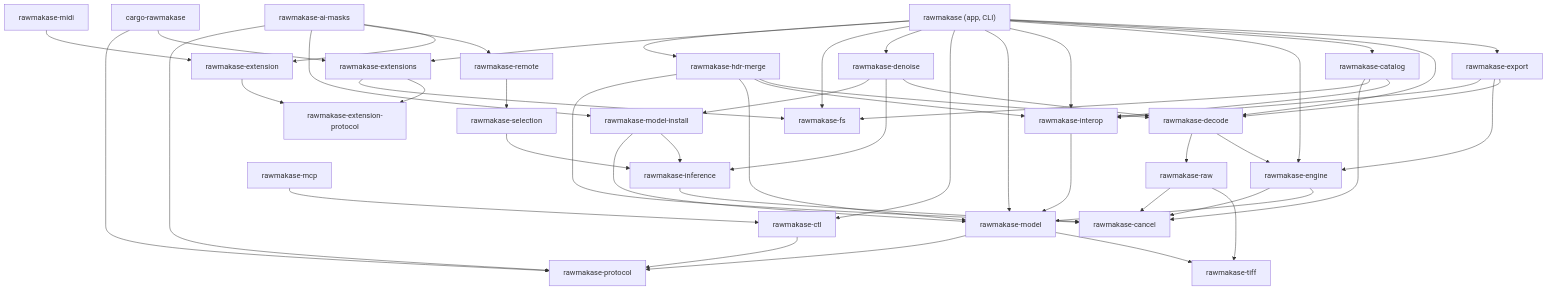
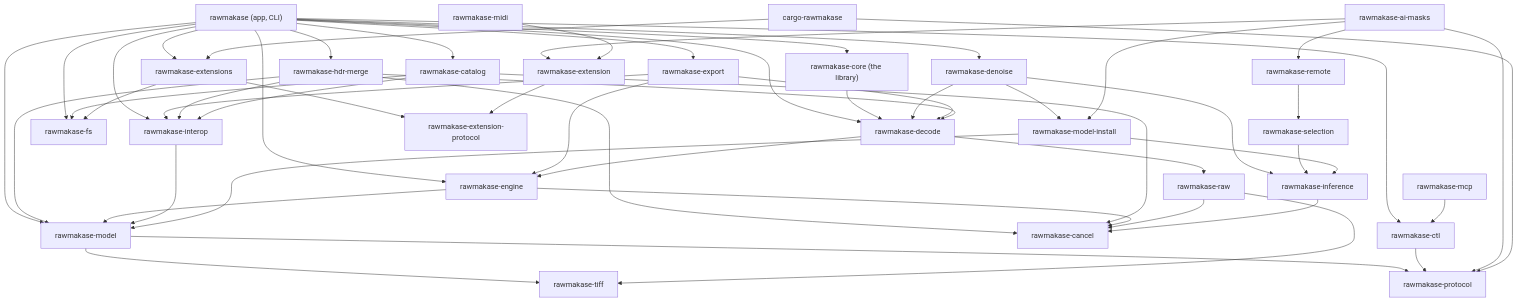
One commit to pch/rawmakase changed the diagram in docs/architecture.md. Above: the diagram before and after it, drawn with Mermaid. The commit also changed 23 other files, not shown here.

First line of the commit message:
rawmakase-core: fixes from review

````diff
--- a/docs/architecture.md
+++ b/docs/architecture.md
@@ -15,52 +15,54 @@
 ```mermaid
 flowchart TD
     app["rawmakase (app, CLI)"]
+    core["rawmakase-core (the library)"]
     export[rawmakase-export]
     decode[rawmakase-decode]
     catalog[rawmakase-catalog]
     engine[rawmakase-engine]
     interop[rawmakase-interop]
     model[rawmakase-model]
     raw[rawmakase-raw]
     tiff[rawmakase-tiff]
     cancel[rawmakase-cancel]
     fs[rawmakase-fs]
     protocol[rawmakase-protocol]
     ctl[rawmakase-ctl]
     mcp[rawmakase-mcp]
     remote[rawmakase-remote]
     inference[rawmakase-inference]
     selection[rawmakase-selection]
     modelinstall[rawmakase-model-install]
     denoise[rawmakase-denoise]
     aimasks[rawmakase-ai-masks]
     exthost[rawmakase-extensions]
     extprotocol[rawmakase-extension-protocol]
     sdk[rawmakase-extension]
     cargoext[cargo-rawmakase]
     midi[rawmakase-midi]
     hdrmerge[rawmakase-hdr-merge]
 
     app --> export & decode & catalog & engine & interop & model
-    app --> ctl & denoise & fs & exthost & hdrmerge
+    app --> ctl & denoise & fs & exthost & hdrmerge & core
+    core --> decode
     denoise --> decode & inference & modelinstall
     export --> decode & engine & interop
     hdrmerge --> decode & interop & model & cancel
     decode --> engine & raw
     catalog --> interop & fs & cancel
     engine --> model & cancel
     interop --> model
     model --> tiff & protocol
     raw --> tiff & cancel
     ctl --> protocol
     mcp --> ctl
     remote --> selection
     selection --> inference
     inference --> cancel
     modelinstall --> inference & model
     aimasks --> sdk & remote & modelinstall & protocol
     exthost --> extprotocol & fs
     sdk --> extprotocol
     midi --> sdk
     cargoext --> exthost & protocol
 ```
````
